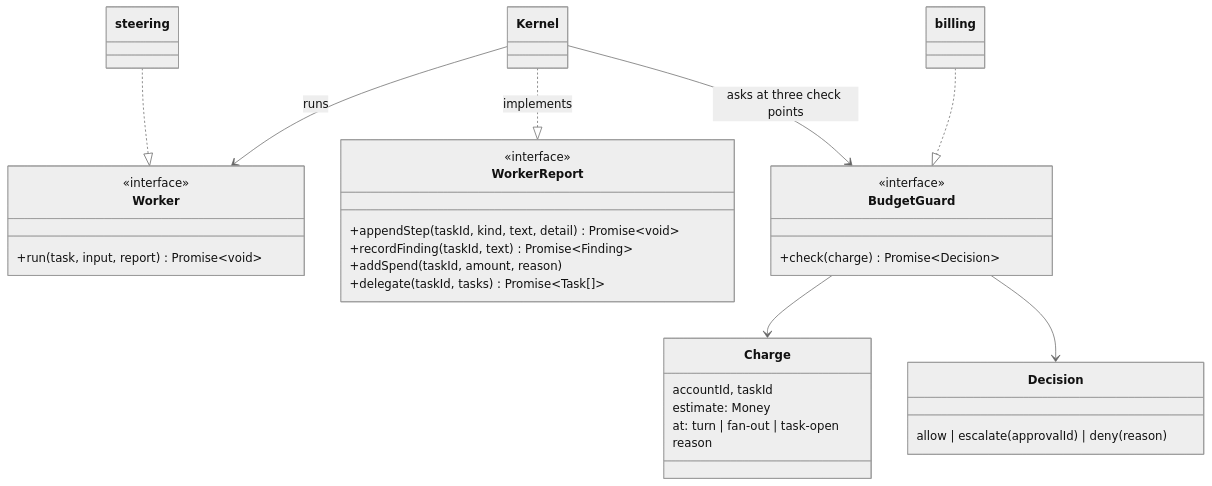
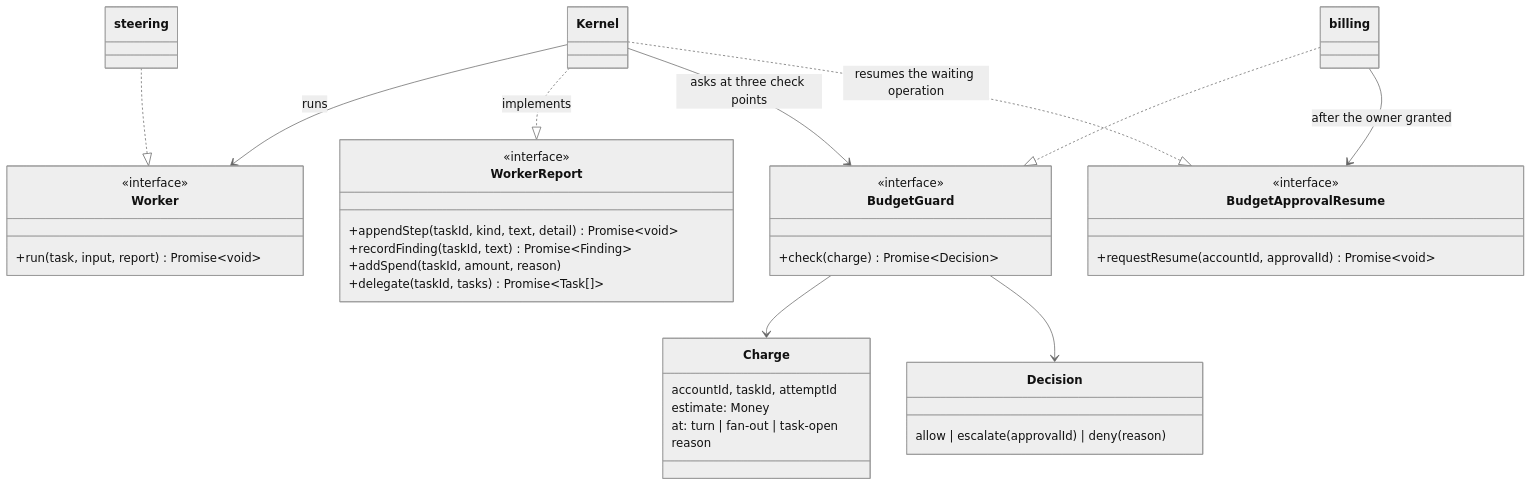
One commit to ziyangliu-666/lumen-next changed the seventh of 15 diagrams in docs/ARCHITECTURE.md. Above: the diagram before and after it, drawn with Mermaid (neutral theme). The commit also changed other lines of this file and 15 other files, not shown here.

First line of the commit message:
feat(core): an approval resumes exactly the operation it was asked for

````diff
--- a/docs/ARCHITECTURE.md
+++ b/docs/ARCHITECTURE.md
@@ -389,34 +389,40 @@
 ```mermaid
 classDiagram
   class Worker {
     <<interface>>
     +run(task, input, report) Promise~void~
   }
   class WorkerReport {
     <<interface>>
     +appendStep(taskId, kind, text, detail) Promise~void~
     +recordFinding(taskId, text) Promise~Finding~
     +addSpend(taskId, amount, reason)
     +delegate(taskId, tasks) Promise~Task[]~
   }
   class BudgetGuard {
     <<interface>>
     +check(charge) Promise~Decision~
   }
   class Charge {
-    accountId, taskId
+    accountId, taskId, attemptId
     estimate: Money
     at: turn | fan-out | task-open
     reason
   }
   class Decision {
     allow | escalate(approvalId) | deny(reason)
   }
+  class BudgetApprovalResume {
+    <<interface>>
+    +requestResume(accountId, approvalId) Promise~void~
+  }
   Kernel --> Worker : runs
   Kernel ..|> WorkerReport : implements
   Kernel --> BudgetGuard : asks at three check points
+  Kernel ..|> BudgetApprovalResume : resumes the waiting operation
   steering ..|> Worker
   billing ..|> BudgetGuard
+  billing --> BudgetApprovalResume : after the owner granted
   BudgetGuard --> Charge
   BudgetGuard --> Decision
 ```
````
